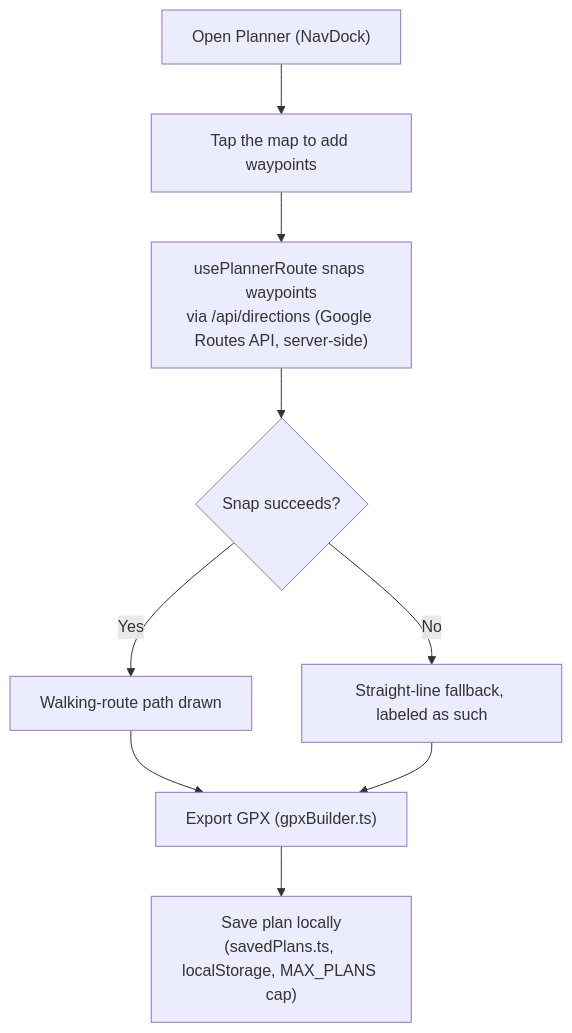
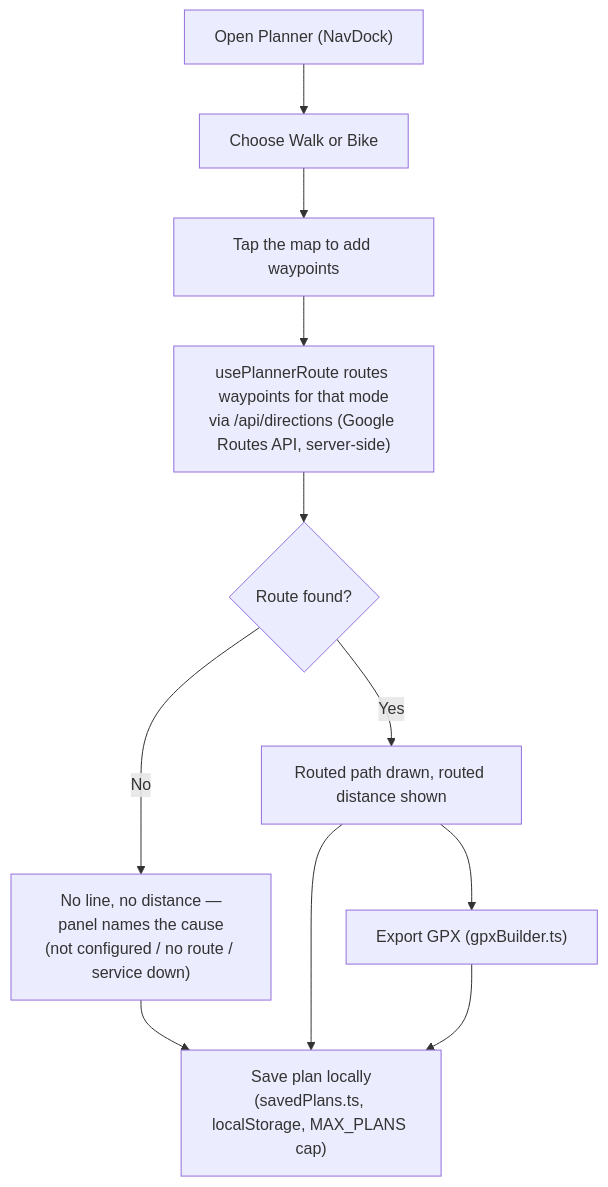
Before and after one commit to Oweeboi011/Fit-Ready-IQ: the fifth of 6 diagrams in docs/wiki/USER-FLOW.md, drawn with Mermaid. The commit also changed other lines of this file and 36 other files, not shown here.

````diff
--- a/docs/wiki/USER-FLOW.md
+++ b/docs/wiki/USER-FLOW.md
@@ -101,11 +101,13 @@
 ```mermaid
 flowchart TD
-    A["Open Planner (NavDock)"] --> B["Tap the map to add waypoints"]
-    B --> C["usePlannerRoute snaps waypoints<br/>via /api/directions (Google Routes API, server-side)"]
-    C --> D{"Snap succeeds?"}
-    D -->|Yes| E["Walking-route path drawn"]
-    D -->|No| F["Straight-line fallback, labeled as such"]
+    A["Open Planner (NavDock)"] --> M["Choose Walk or Bike"]
+    M --> B["Tap the map to add waypoints"]
+    B --> C["usePlannerRoute routes waypoints for that mode<br/>via /api/directions (Google Routes API, server-side)"]
+    C --> D{"Route found?"}
+    D -->|Yes| E["Routed path drawn, routed distance shown"]
+    D -->|No| F["No line, no distance —<br/>panel names the cause<br/>(not configured / no route / service down)"]
     E --> G["Export GPX (gpxBuilder.ts)"]
-    F --> G
+    F --> H
+    E --> H
     G --> H["Save plan locally<br/>(savedPlans.ts, localStorage, MAX_PLANS cap)"]
 ```
````
